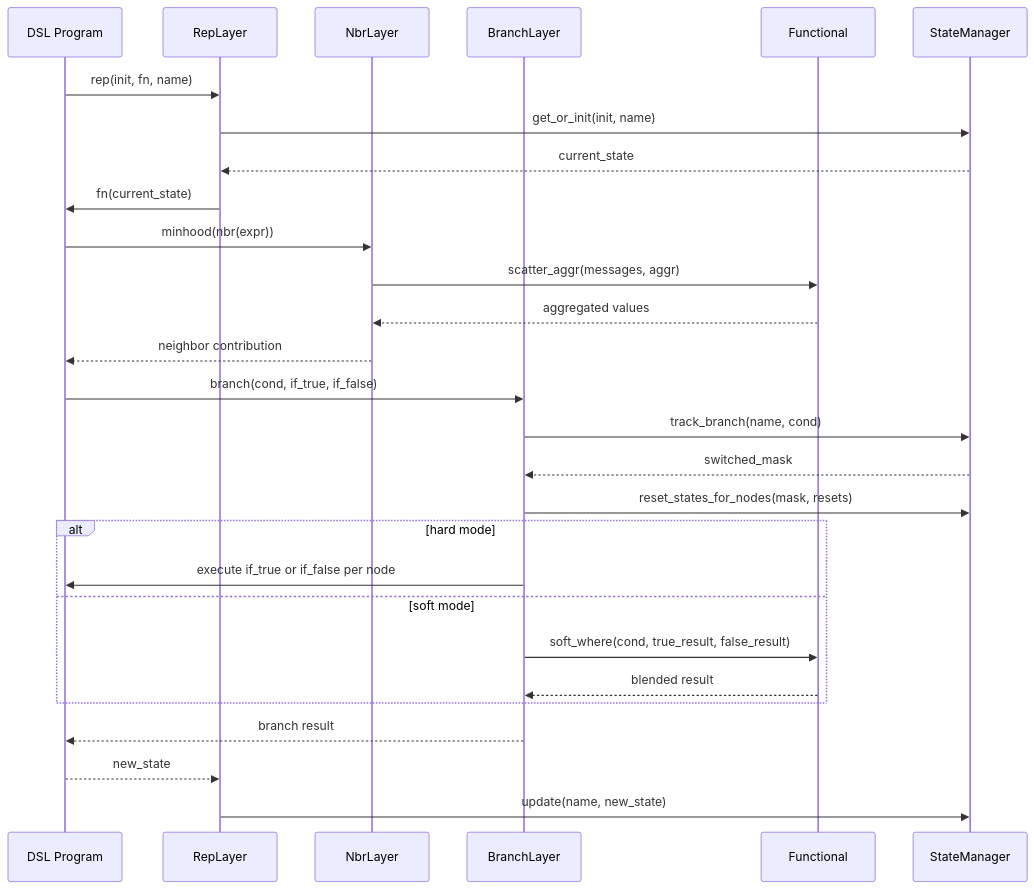
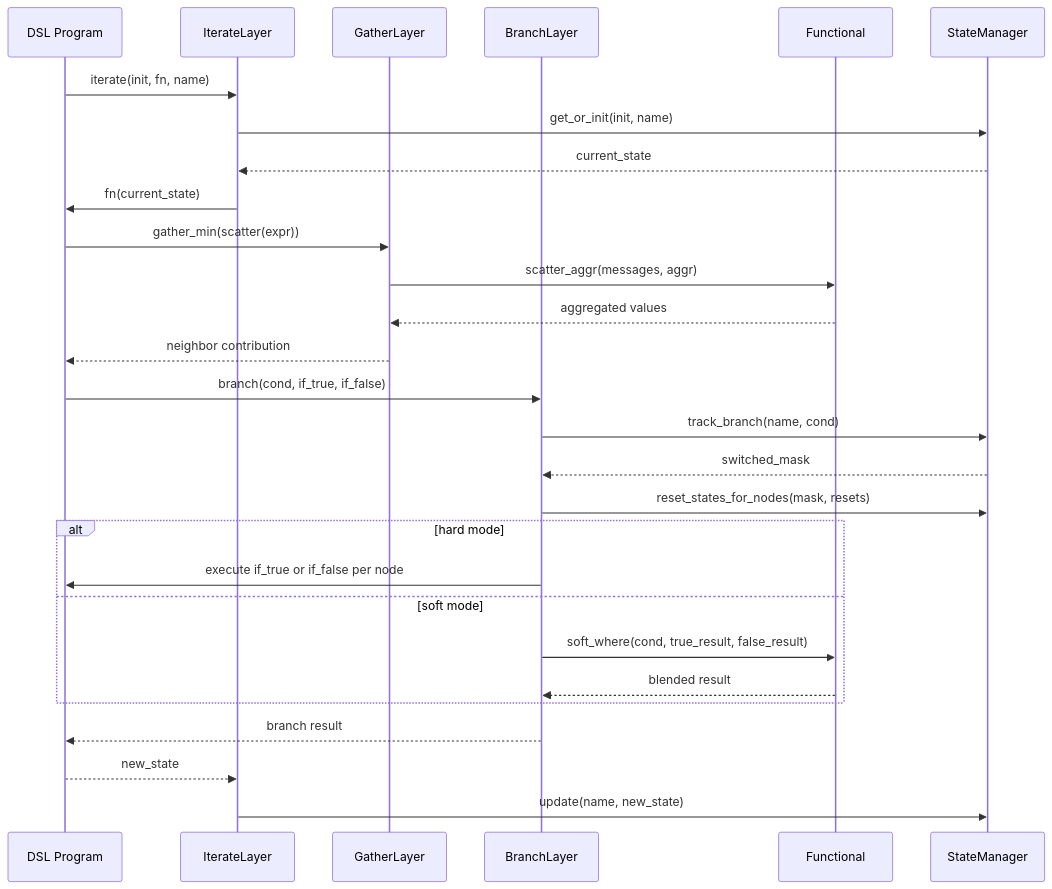
The eighth of 15 diagrams in docs/architecture.md (cric96/DifField), drawn with Mermaid before and after one commit. The commit also changed other lines of this file and 48 other files, not shown here.

````diff
--- a/docs/architecture.md
+++ b/docs/architecture.md
@@ -420,36 +420,36 @@
 ```mermaid
 sequenceDiagram
     participant DSL as DSL Program
-    participant Rep as RepLayer
-    participant Nbr as NbrLayer
+    participant Iterate as IterateLayer
+    participant Gather as GatherLayer
     participant Branch as BranchLayer
     participant Func as Functional
     participant State as StateManager
 
-    DSL->>Rep: rep(init, fn, name)
-    Rep->>State: get_or_init(init, name)
-    State-->>Rep: current_state
+    DSL->>Iterate: iterate(init, fn, name)
+    Iterate->>State: get_or_init(init, name)
+    State-->>Iterate: current_state
 
-    Rep->>DSL: fn(current_state)
+    Iterate->>DSL: fn(current_state)
 
-    DSL->>Nbr: minhood(nbr(expr))
-    Nbr->>Func: scatter_aggr(messages, aggr)
-    Func-->>Nbr: aggregated values
-    Nbr-->>DSL: neighbor contribution
+    DSL->>Gather: gather_min(scatter(expr))
+    Gather->>Func: scatter_aggr(messages, aggr)
+    Func-->>Gather: aggregated values
+    Gather-->>DSL: neighbor contribution
 
     DSL->>Branch: branch(cond, if_true, if_false)
     Branch->>State: track_branch(name, cond)
     State-->>Branch: switched_mask
     Branch->>State: reset_states_for_nodes(mask, resets)
 
     alt hard mode
         Branch->>DSL: execute if_true or if_false per node
     else soft mode
         Branch->>Func: soft_where(cond, true_result, false_result)
         Func-->>Branch: blended result
     end
 
     Branch-->>DSL: branch result
-    DSL-->>Rep: new_state
-    Rep->>State: update(name, new_state)
+    DSL-->>Iterate: new_state
+    Iterate->>State: update(name, new_state)
 ```
````
